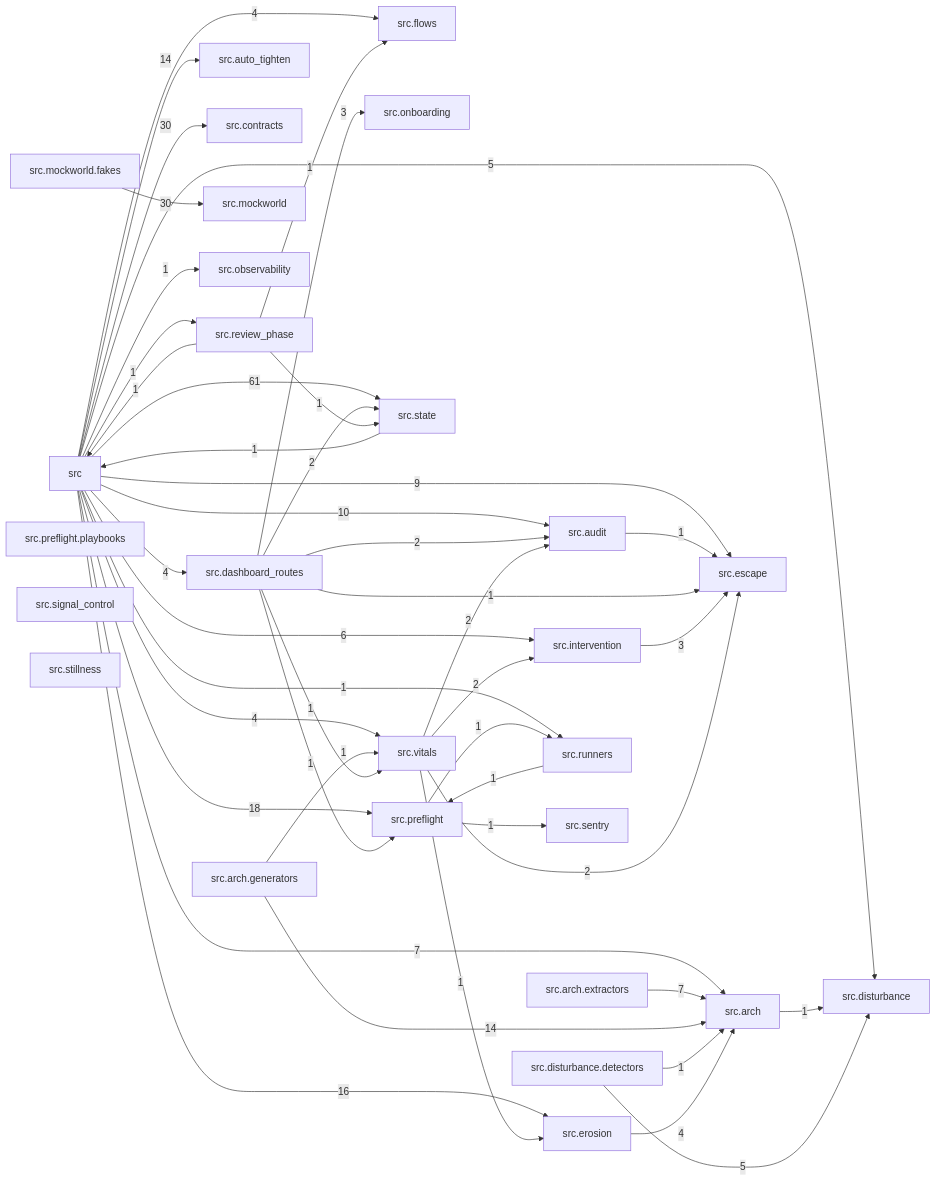
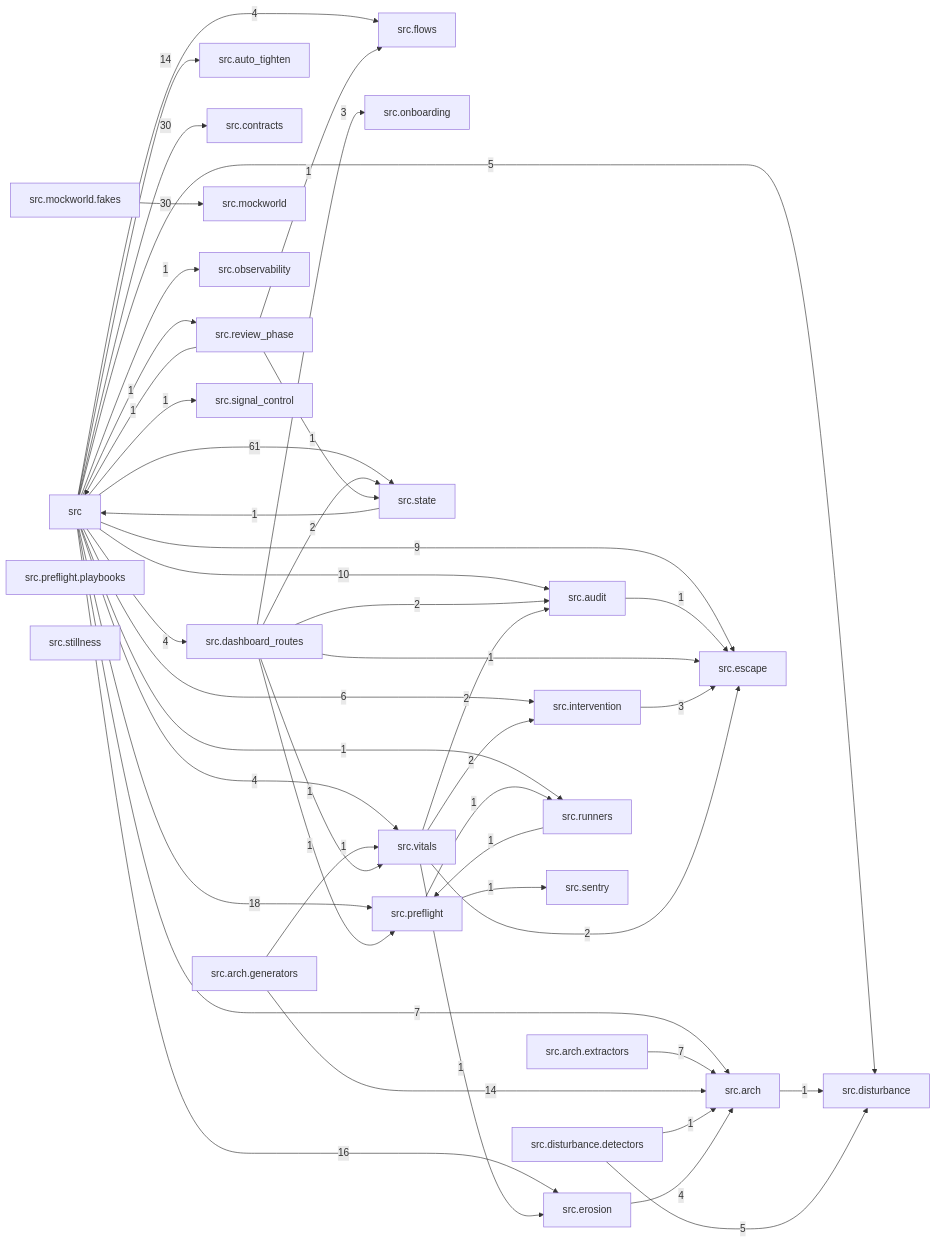
Before and after one commit to T-rav/hydraflow: the diagram in docs/arch/generated/modules.md, drawn with Mermaid. The commit also changed 14 other files, not shown here.

````diff
--- a/docs/arch/generated/modules.md
+++ b/docs/arch/generated/modules.md
@@ -7,73 +7,74 @@
 ```mermaid
 graph LR
     src["src"]
     src_arch["src.arch"]
     src_arch_extractors["src.arch.extractors"]
     src_arch_generators["src.arch.generators"]
     src_audit["src.audit"]
     src_auto_tighten["src.auto_tighten"]
     src_contracts["src.contracts"]
     src_dashboard_routes["src.dashboard_routes"]
     src_disturbance["src.disturbance"]
     src_disturbance_detectors["src.disturbance.detectors"]
     src_erosion["src.erosion"]
     src_escape["src.escape"]
     src_flows["src.flows"]
     src_intervention["src.intervention"]
     src_mockworld["src.mockworld"]
     src_mockworld_fakes["src.mockworld.fakes"]
     src_observability["src.observability"]
     src_onboarding["src.onboarding"]
     src_preflight["src.preflight"]
     src_preflight_playbooks["src.preflight.playbooks"]
     src_review_phase["src.review_phase"]
     src_runners["src.runners"]
     src_sentry["src.sentry"]
     src_signal_control["src.signal_control"]
     src_state["src.state"]
     src_stillness["src.stillness"]
     src_vitals["src.vitals"]
     src -- "7" --> src_arch
     src -- "10" --> src_audit
     src -- "14" --> src_auto_tighten
     src -- "30" --> src_contracts
     src -- "4" --> src_dashboard_routes
     src -- "5" --> src_disturbance
     src -- "16" --> src_erosion
     src -- "9" --> src_escape
     src -- "4" --> src_flows
     src -- "6" --> src_intervention
     src -- "1" --> src_observability
     src -- "18" --> src_preflight
     src -- "1" --> src_review_phase
     src -- "1" --> src_runners
+    src -- "1" --> src_signal_control
     src -- "61" --> src_state
     src -- "4" --> src_vitals
     src_arch -- "1" --> src_disturbance
     src_arch_extractors -- "7" --> src_arch
     src_arch_generators -- "14" --> src_arch
     src_arch_generators -- "1" --> src_vitals
     src_audit -- "1" --> src_escape
     src_dashboard_routes -- "2" --> src_audit
     src_dashboard_routes -- "1" --> src_escape
     src_dashboard_routes -- "3" --> src_onboarding
     src_dashboard_routes -- "1" --> src_preflight
     src_dashboard_routes -- "2" --> src_state
     src_dashboard_routes -- "1" --> src_vitals
     src_disturbance_detectors -- "1" --> src_arch
     src_disturbance_detectors -- "5" --> src_disturbance
     src_erosion -- "4" --> src_arch
     src_intervention -- "3" --> src_escape
     src_mockworld_fakes -- "30" --> src_mockworld
     src_preflight -- "1" --> src_runners
     src_preflight -- "1" --> src_sentry
     src_review_phase -- "1" --> src
     src_review_phase -- "1" --> src_flows
     src_review_phase -- "1" --> src_state
     src_runners -- "1" --> src_preflight
     src_state -- "1" --> src
     src_vitals -- "2" --> src_audit
     src_vitals -- "1" --> src_erosion
     src_vitals -- "2" --> src_escape
     src_vitals -- "2" --> src_intervention
 ```
````
